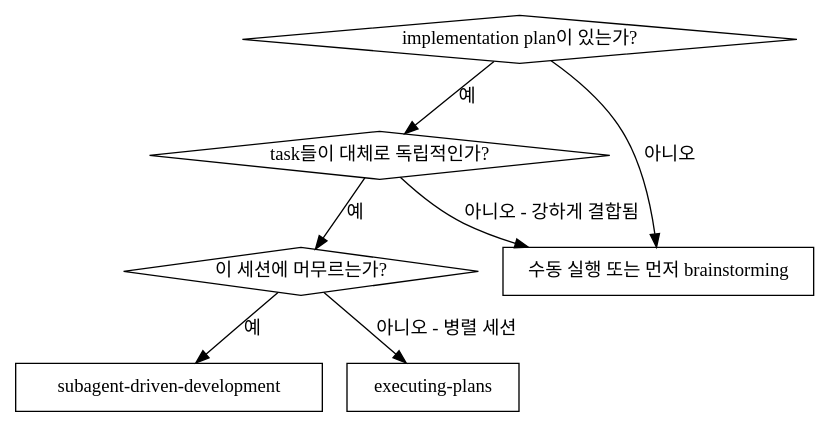
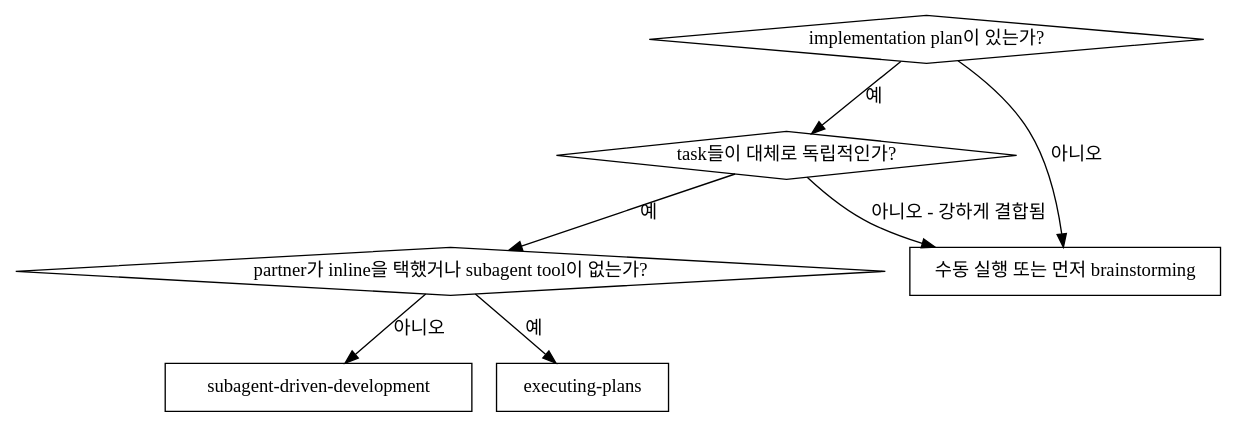
The first of 2 diagrams in plugins/suberpower/skills/subagent-driven-development/SKILL.md (june20516/suberpower), drawn with Graphviz before and after one commit. The commit also changed other lines of this file, not shown here.

First line of the commit message:
동기화: subagent-driven-development SKILL.md (v6.4.2) — 라이프사이클 재구성, M-2/M-3 제거

````diff
--- a/plugins/suberpower/skills/subagent-driven-development/SKILL.md
+++ b/plugins/suberpower/skills/subagent-driven-development/SKILL.md
@@ -18,17 +35,17 @@
 ```dot
 digraph when_to_use {
     "implementation plan이 있는가?" [shape=diamond];
     "task들이 대체로 독립적인가?" [shape=diamond];
-    "이 세션에 머무르는가?" [shape=diamond];
+    "partner가 inline을 택했거나 subagent tool이 없는가?" [shape=diamond];
     "subagent-driven-development" [shape=box];
     "executing-plans" [shape=box];
     "수동 실행 또는 먼저 brainstorming" [shape=box];
 
     "implementation plan이 있는가?" -> "task들이 대체로 독립적인가?" [label="예"];
     "implementation plan이 있는가?" -> "수동 실행 또는 먼저 brainstorming" [label="아니오"];
-    "task들이 대체로 독립적인가?" -> "이 세션에 머무르는가?" [label="예"];
+    "task들이 대체로 독립적인가?" -> "partner가 inline을 택했거나 subagent tool이 없는가?" [label="예"];
     "task들이 대체로 독립적인가?" -> "수동 실행 또는 먼저 brainstorming" [label="아니오 - 강하게 결합됨"];
-    "이 세션에 머무르는가?" -> "subagent-driven-development" [label="예"];
-    "이 세션에 머무르는가?" -> "executing-plans" [label="아니오 - 병렬 세션"];
+    "partner가 inline을 택했거나 subagent tool이 없는가?" -> "executing-plans" [label="예"];
+    "partner가 inline을 택했거나 subagent tool이 없는가?" -> "subagent-driven-development" [label="아니오"];
 }
 ```
````
